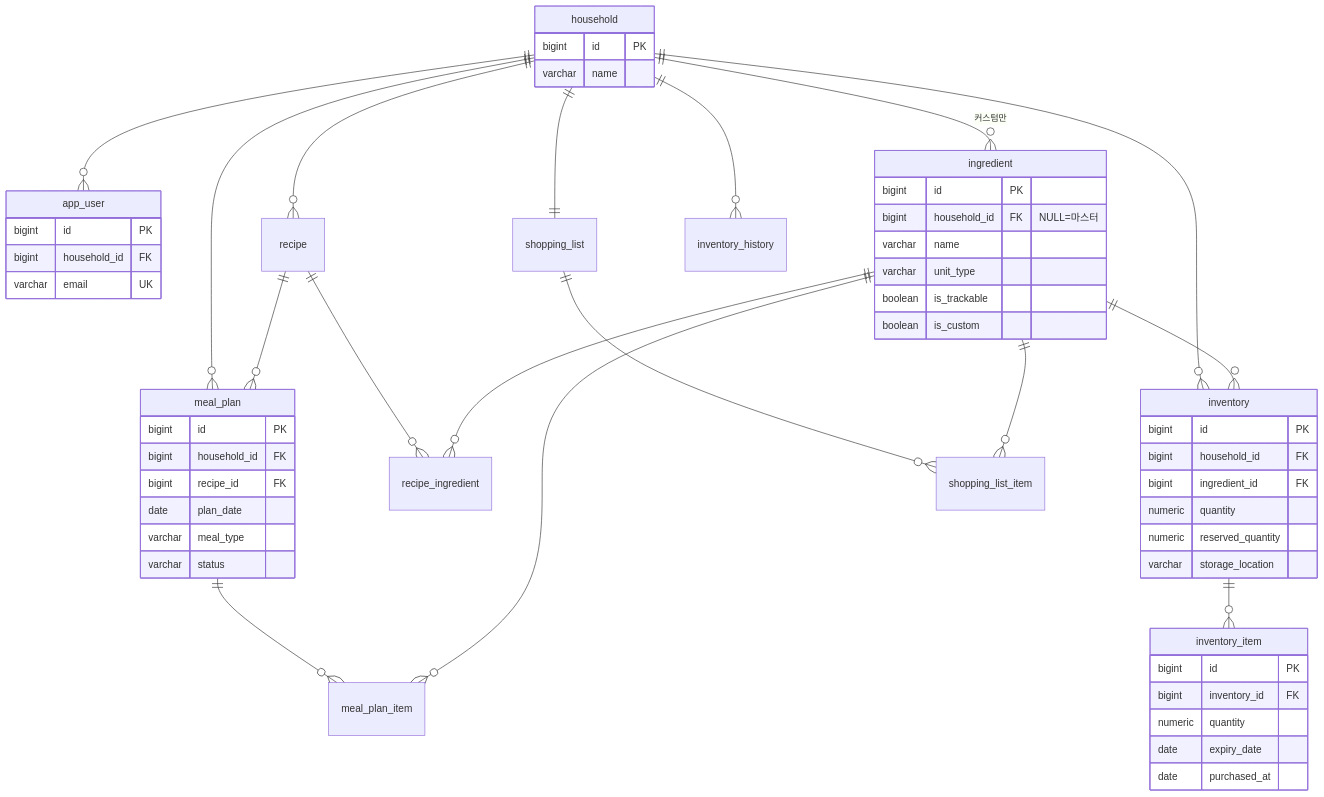
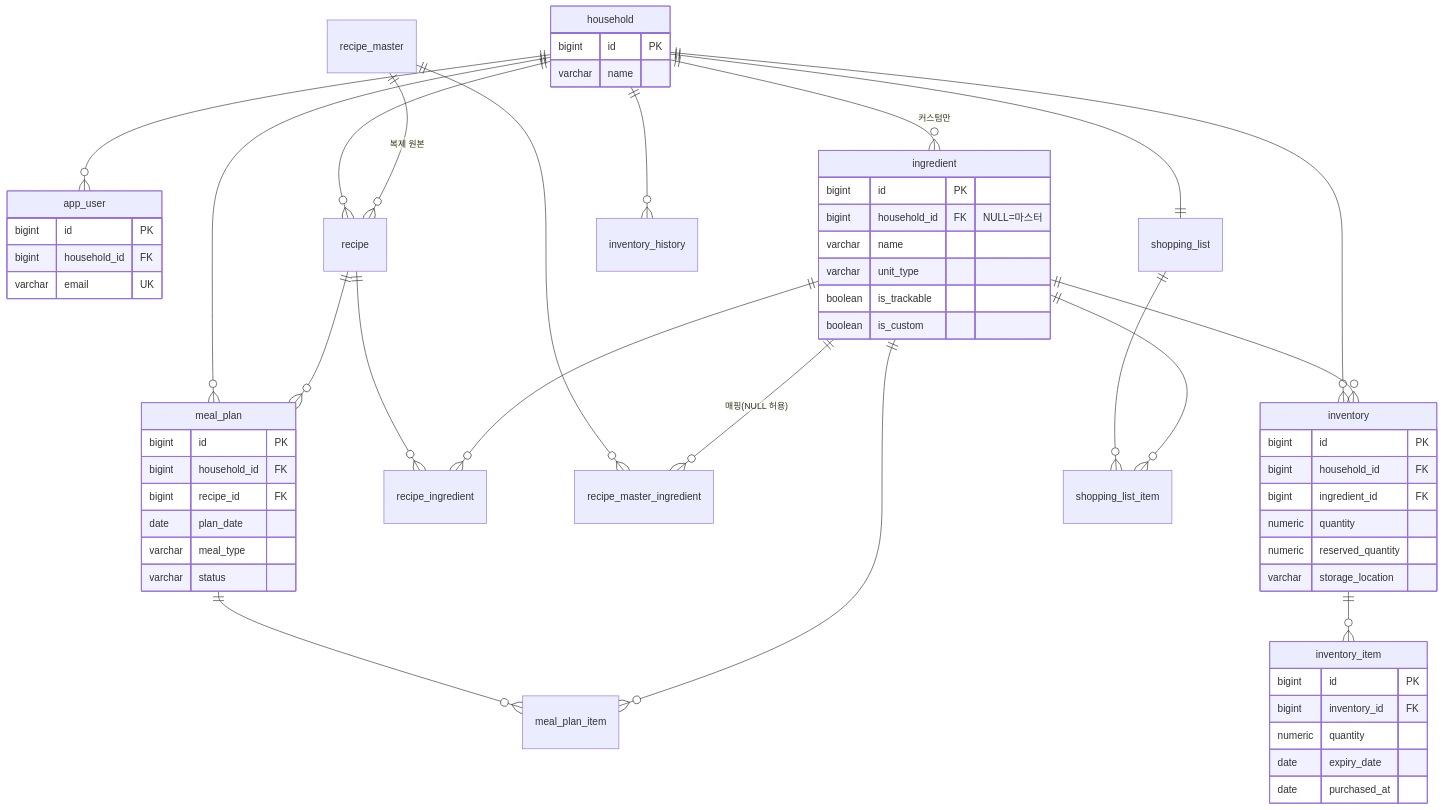
One commit to jinn12/smart-kitchen changed the diagram in docs/05-ERD.md. Above: the diagram before and after it, drawn with Mermaid. The commit also changed other lines of this file and 2 other files, not shown here.

Commit message:
docs: ERD v1.1 (요리 마스터), D-023 적재 규칙 기록

````diff
--- a/docs/05-ERD.md
+++ b/docs/05-ERD.md
@@ -10,60 +10,63 @@
 ```mermaid
 erDiagram
     household ||--o{ app_user : ""
     household ||--o{ ingredient : "커스텀만"
     household ||--o{ inventory : ""
     ingredient ||--o{ inventory : ""
     inventory ||--o{ inventory_item : ""
     household ||--o{ recipe : ""
     recipe ||--o{ recipe_ingredient : ""
+    recipe_master ||--o{ recipe_master_ingredient : ""
+    recipe_master ||--o{ recipe : "복제 원본"
+    ingredient ||--o{ recipe_master_ingredient : "매핑(NULL 허용)"
     ingredient ||--o{ recipe_ingredient : ""
     household ||--o{ meal_plan : ""
     recipe ||--o{ meal_plan : ""
     meal_plan ||--o{ meal_plan_item : ""
     ingredient ||--o{ meal_plan_item : ""
     household ||--|| shopping_list : ""
     shopping_list ||--o{ shopping_list_item : ""
     ingredient ||--o{ shopping_list_item : ""
     household ||--o{ inventory_history : ""
 
     household {
         bigint id PK
         varchar name
     }
     app_user {
         bigint id PK
         bigint household_id FK
         varchar email UK
     }
     ingredient {
         bigint id PK
         bigint household_id FK "NULL=마스터"
         varchar name
         varchar unit_type
         boolean is_trackable
         boolean is_custom
     }
     inventory {
         bigint id PK
         bigint household_id FK
         bigint ingredient_id FK
         numeric quantity
         numeric reserved_quantity
         varchar storage_location
     }
     inventory_item {
         bigint id PK
         bigint inventory_id FK
         numeric quantity
         date expiry_date
         date purchased_at
     }
     meal_plan {
         bigint id PK
         bigint household_id FK
         bigint recipe_id FK
         date plan_date
         varchar meal_type
         varchar status
     }
 ```
````
